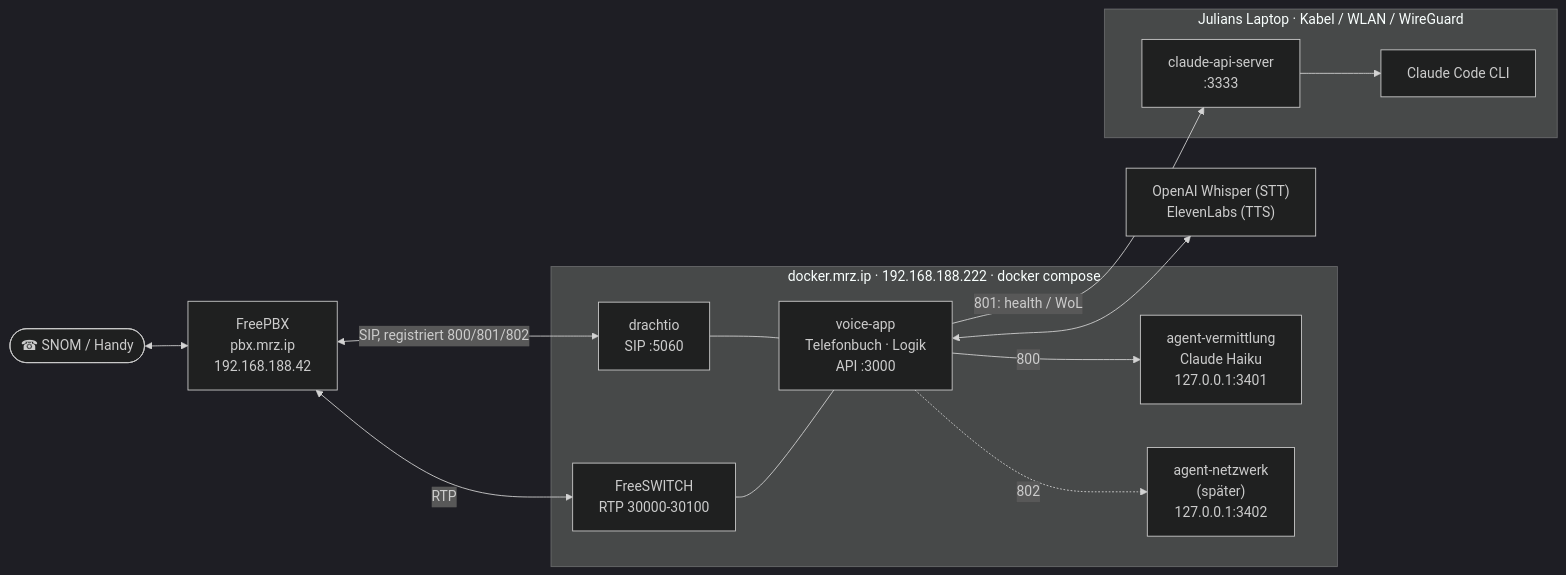
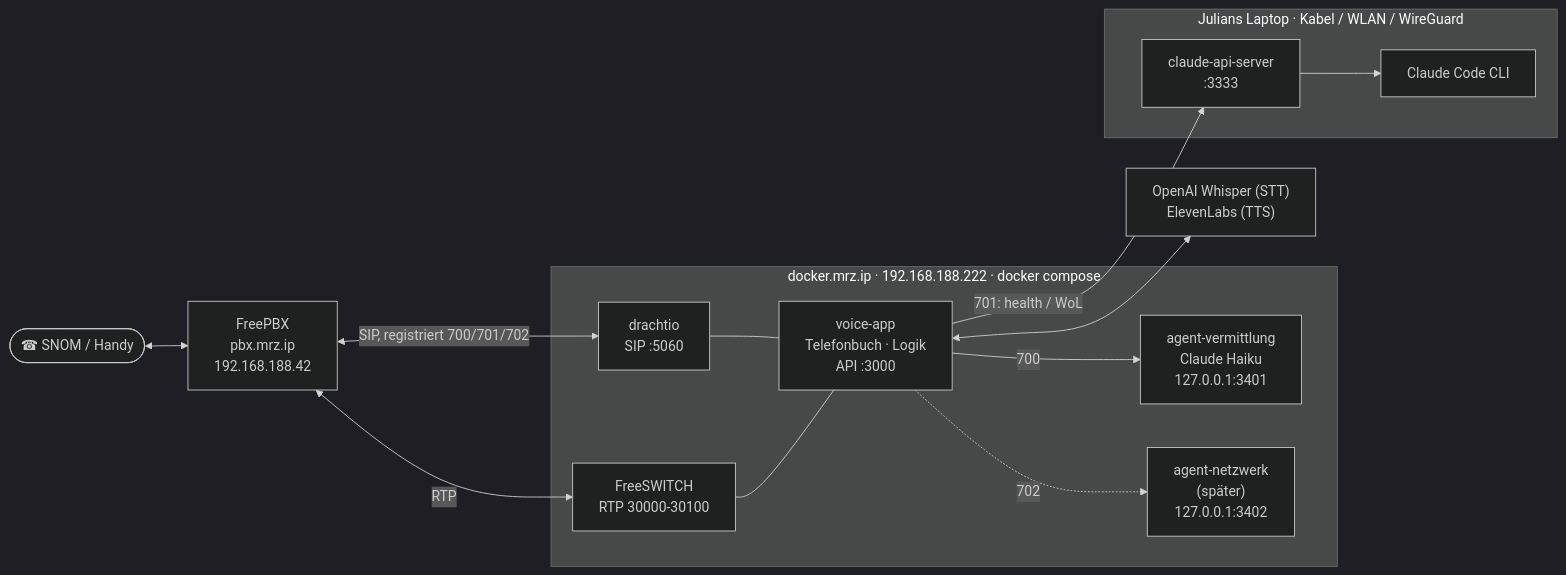
The first of 4 diagrams in README.md (dajuly20/claude-phone-freepbx), drawn with Mermaid (dark theme) before and after one commit. The commit also changed other lines of this file and 5 other files, not shown here.

````diff
--- a/README.md
+++ b/README.md
@@ -31,31 +31,31 @@
 ```mermaid
 flowchart LR
     phone(["☎ SNOM / Handy"])
     pbx["FreePBX<br/>pbx.mrz.ip<br/>192.168.188.42"]
 
     subgraph docker["docker.mrz.ip · 192.168.188.222 · docker compose"]
         drachtio["drachtio<br/>SIP :5060"]
         fs["FreeSWITCH<br/>RTP 30000-30100"]
         voice["voice-app<br/>Telefonbuch · Logik<br/>API :3000"]
         vermittlung["agent-vermittlung<br/>Claude Haiku<br/>127.0.0.1:3401"]
         netzwerk["agent-netzwerk<br/>(später)<br/>127.0.0.1:3402"]
     end
 
     subgraph laptop["Julians Laptop · Kabel / WLAN / WireGuard"]
         api["claude-api-server<br/>:3333"]
         cc["Claude Code CLI"]
     end
 
     cloud["OpenAI Whisper (STT)<br/>ElevenLabs (TTS)"]
 
     phone <--> pbx
-    pbx <-- "SIP, registriert 800/801/802" --> drachtio
+    pbx <-- "SIP, registriert 700/701/702" --> drachtio
     pbx <-- RTP --> fs
     drachtio --- voice
     fs --- voice
-    voice -- "800" --> vermittlung
-    voice -. "802" .-> netzwerk
-    voice -- "801: health / WoL" --> api
+    voice -- "700" --> vermittlung
+    voice -. "702" .-> netzwerk
+    voice -- "701: health / WoL" --> api
     api --> cc
     voice <--> cloud
 ```
````
